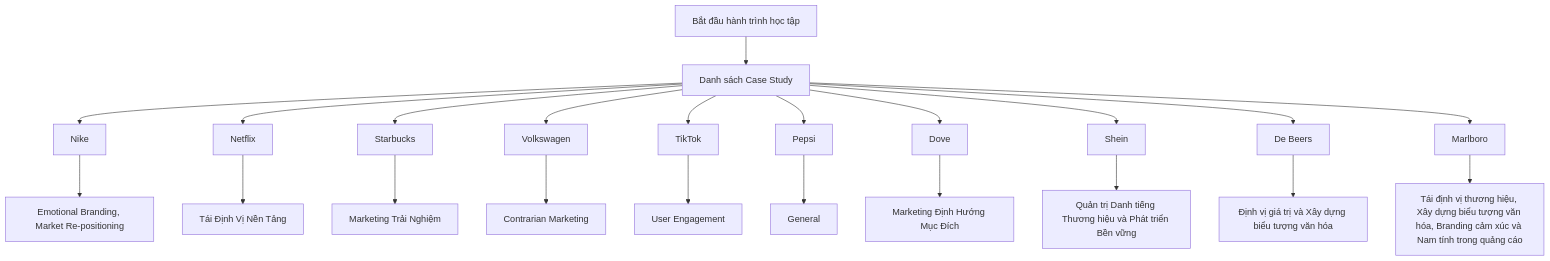
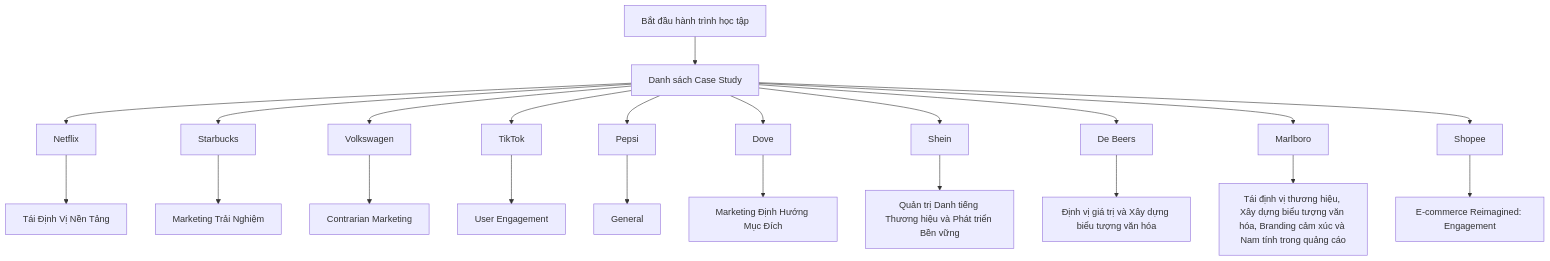
The diagram in README.md (quy2003/daily-marketing-cases), drawn with Mermaid before and after one commit. The commit also changed other lines of this file and 3 other files, not shown here.

````diff
--- a/README.md
+++ b/README.md
@@ -25,24 +25,24 @@
 ```mermaid
 graph TD
     Start[Bắt đầu hành trình học tập] --> DailyCases[Danh sách Case Study]
-    DailyCases --> Nike["Nike"]
-    Nike --> EmotionalBrandingMarketRepositioning["Emotional Branding, Market Re-positioning"]
     DailyCases --> Netflix["Netflix"]
     Netflix --> TinhVNnTng["Tái Định Vị Nền Tảng"]
     DailyCases --> Starbucks["Starbucks"]
     Starbucks --> MarketingTriNghim["Marketing Trải Nghiệm"]
     DailyCases --> Volkswagen["Volkswagen"]
     Volkswagen --> ContrarianMarketing["Contrarian Marketing"]
     DailyCases --> TikTok["TikTok"]
     TikTok --> UserEngagement["User Engagement"]
     DailyCases --> Pepsi["Pepsi"]
     Pepsi --> General["General"]
     DailyCases --> Dove["Dove"]
     Dove --> MarketingnhHngMcch["Marketing Định Hướng Mục Đích"]
     DailyCases --> Shein["Shein"]
     Shein --> QuntrDanhtingThnghiuvPhttrinBnvng["Quản trị Danh tiếng Thương hiệu và Phát triển Bền vững"]
     DailyCases --> DeBeers["De Beers"]
     DeBeers --> nhvgitrvXydngbiutngvnha["Định vị giá trị và Xây dựng biểu tượng văn hóa"]
     DailyCases --> Marlboro["Marlboro"]
     Marlboro --> TinhvthnghiuXydngbiutngvnhaBrandingcmxcvNamtnhtrongqungco["Tái định vị thương hiệu, Xây dựng biểu tượng văn hóa, Branding cảm xúc và Nam tính trong quảng cáo"]
+    DailyCases --> Shopee["Shopee"]
+    Shopee --> EcommerceReimaginedEngagement["E-commerce Reimagined: Engagement"]
 ```
````
